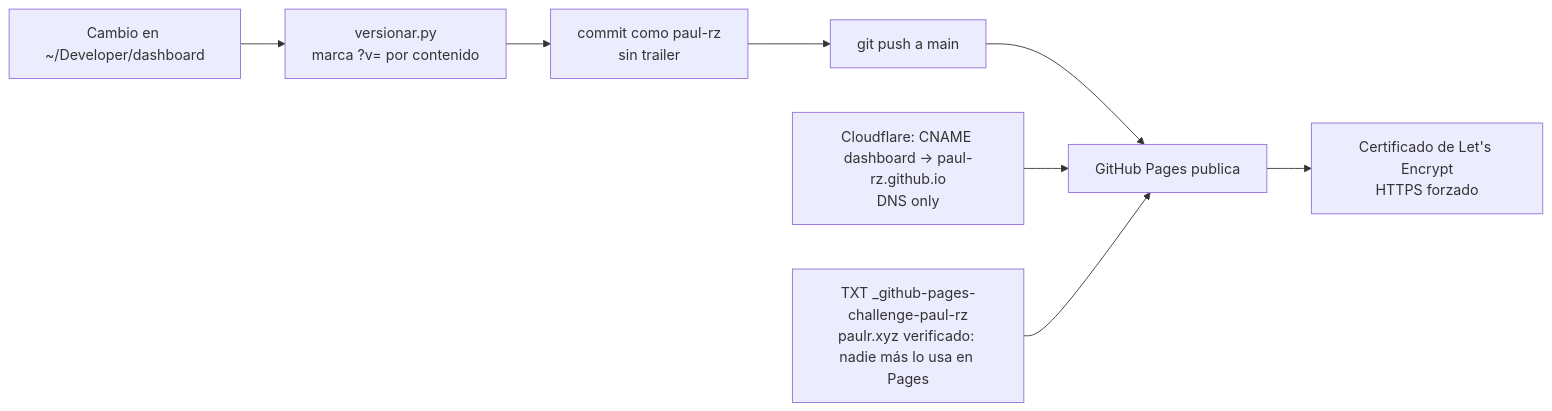
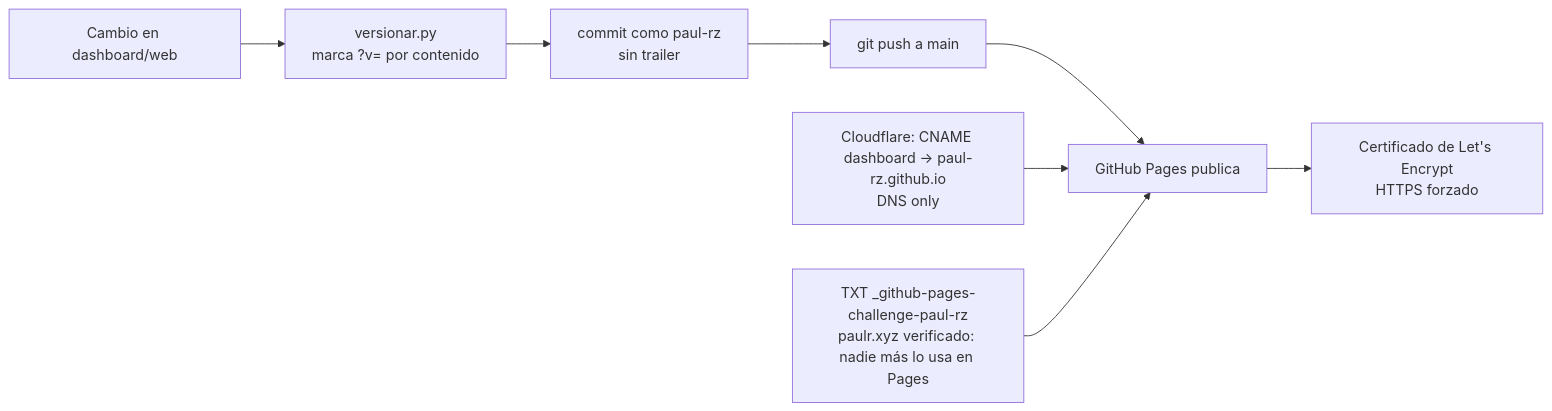
The seventh of 7 diagrams in README.md (paul-rz/dashboard), drawn with Mermaid before and after one commit. The commit also changed other lines of this file and 3 other files, not shown here.

````diff
--- a/README.md
+++ b/README.md
@@ -179,10 +192,10 @@
 ```mermaid
 flowchart LR
-  E["Cambio en ~/Developer/dashboard"] --> V["versionar.py<br/>marca ?v= por contenido"]
+  E["Cambio en dashboard/web"] --> V["versionar.py<br/>marca ?v= por contenido"]
   V --> C["commit como paul-rz<br/>sin trailer"]
   C --> P["git push a main"]
   P --> B["GitHub Pages publica"]
   DNS["Cloudflare: CNAME dashboard → paul-rz.github.io<br/>DNS only"] --> B
   VER["TXT _github-pages-challenge-paul-rz<br/>paulr.xyz verificado: nadie más lo usa en Pages"] --> B
   B --> HTTPS["Certificado de Let's Encrypt<br/>HTTPS forzado"]
 ```
````
